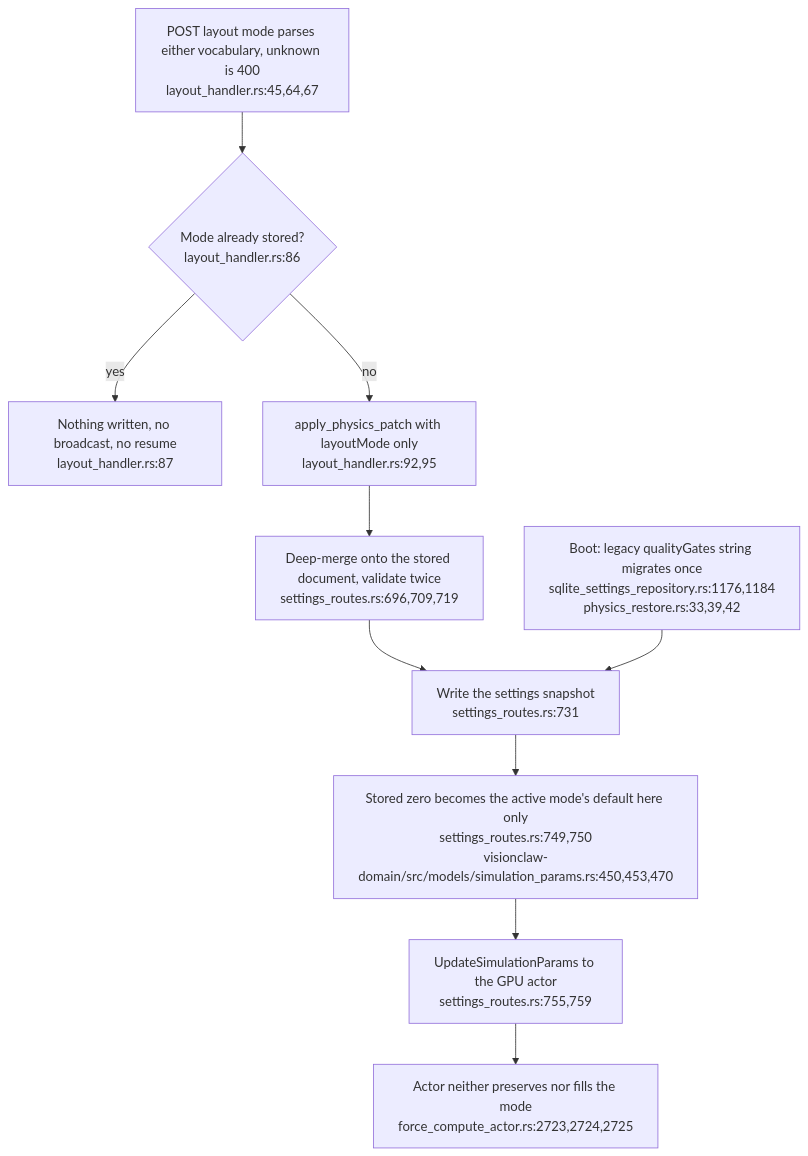
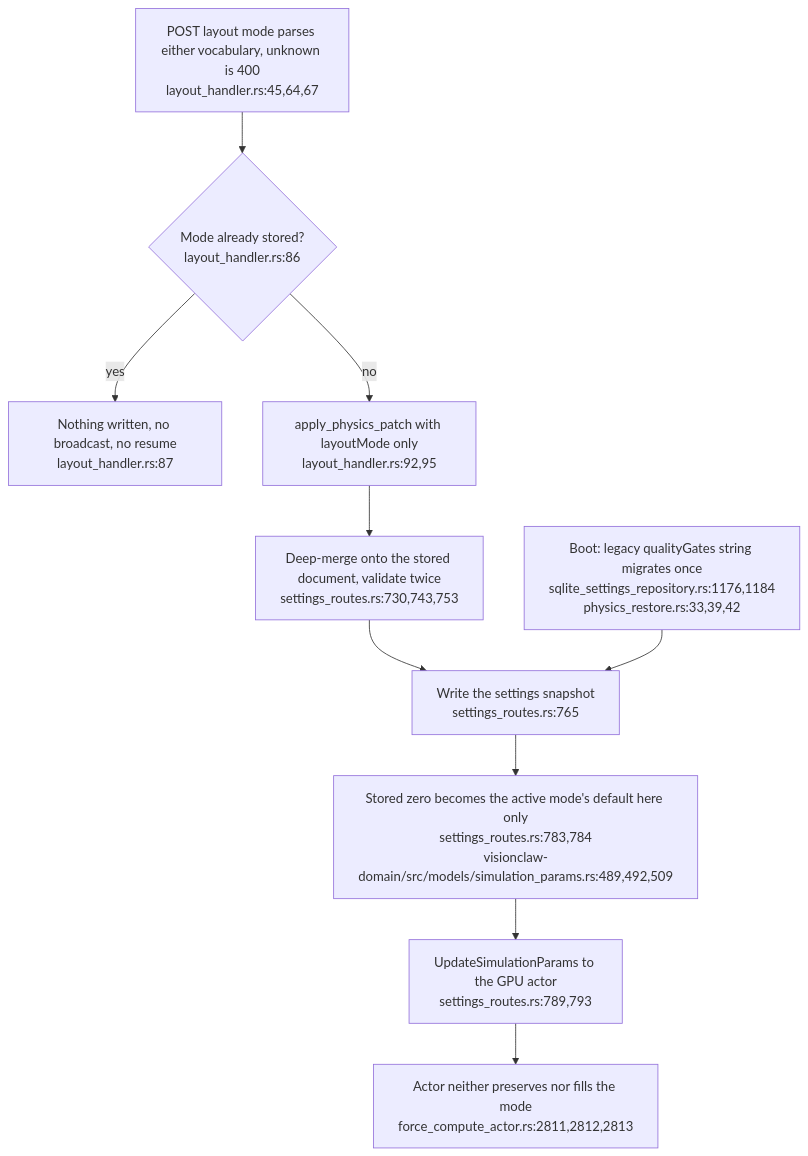
The first of 6 diagrams in docs/diagrams/visionclaw/54-layout-mode-step-cadence-and-settle.md (DreamLab-AI/VisionFlow), drawn with Mermaid before and after one commit. The commit also changed other lines of this file and 6 other files, not shown here.

First line of the commit message:
diagrams(visionclaw): re-verify VC-51..57 at visionclaw 4900ec60

````diff
--- a/docs/diagrams/visionclaw/54-layout-mode-step-cadence-and-settle.md
+++ b/docs/diagrams/visionclaw/54-layout-mode-step-cadence-and-settle.md
@@ -45,12 +45,12 @@
 ```mermaid
 flowchart TD
     POST["POST layout mode parses either vocabulary, unknown is 400<br/>layout_handler.rs:45,64,67"] --> SAME{"Mode already stored?<br/>layout_handler.rs:86"}
     SAME -->|yes| NOOP["Nothing written, no broadcast, no resume<br/>layout_handler.rs:87"]
     SAME -->|no| PATCH["apply_physics_patch with layoutMode only<br/>layout_handler.rs:92,95"]
-    PATCH --> MERGE["Deep-merge onto the stored document, validate twice<br/>settings_routes.rs:696,709,719"]
-    MERGE --> STORE["Write the settings snapshot<br/>settings_routes.rs:731"]
-    STORE --> RESOLVE["Stored zero becomes the active mode's default here only<br/>settings_routes.rs:749,750<br/>visionclaw-domain/src/models/simulation_params.rs:450,453,470"]
-    RESOLVE --> GPU["UpdateSimulationParams to the GPU actor<br/>settings_routes.rs:755,759"]
-    GPU --> ACTOR["Actor neither preserves nor fills the mode<br/>force_compute_actor.rs:2723,2724,2725"]
+    PATCH --> MERGE["Deep-merge onto the stored document, validate twice<br/>settings_routes.rs:730,743,753"]
+    MERGE --> STORE["Write the settings snapshot<br/>settings_routes.rs:765"]
+    STORE --> RESOLVE["Stored zero becomes the active mode's default here only<br/>settings_routes.rs:783,784<br/>visionclaw-domain/src/models/simulation_params.rs:489,492,509"]
+    RESOLVE --> GPU["UpdateSimulationParams to the GPU actor<br/>settings_routes.rs:789,793"]
+    GPU --> ACTOR["Actor neither preserves nor fills the mode<br/>force_compute_actor.rs:2811,2812,2813"]
     BOOT["Boot: legacy qualityGates string migrates once<br/>sqlite_settings_repository.rs:1176,1184<br/>physics_restore.rs:33,39,42"] --> STORE
 ```
````
